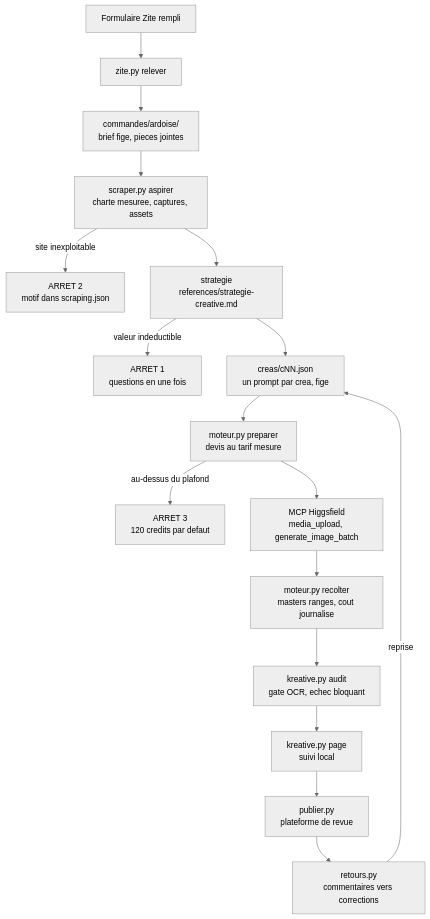
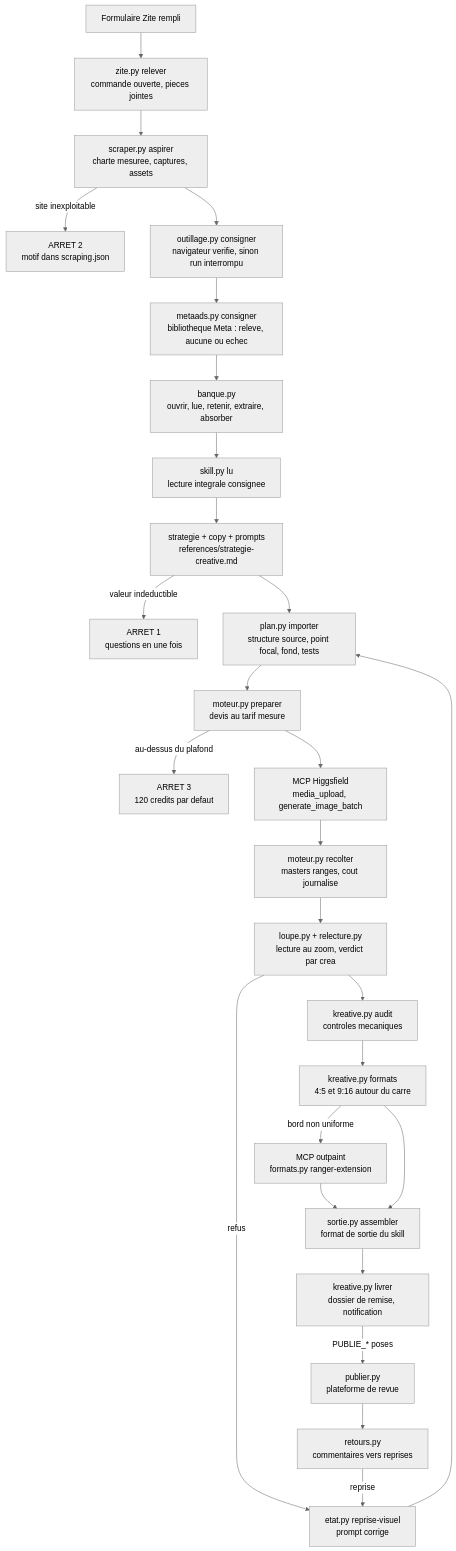
One commit to conexia-agency/kreative-production changed the diagram in paquet/references/architecture.md. Above: the diagram before and after it, drawn with Mermaid (neutral theme). The commit also changed other lines of this file and 30 other files, not shown here.

First line of the commit message:
Chaîne complète : gates, fin de chaîne, format de sortie du skill, paquet 1.1.0

````diff
--- a/paquet/references/architecture.md
+++ b/paquet/references/architecture.md
@@ -9,19 +13,29 @@
 ```mermaid
 flowchart TD
-    F[Formulaire Zite rempli] --> R[zite.py relever]
-    R --> O[commandes/ardoise/\nbrief fige, pieces jointes]
-    O --> S[scraper.py aspirer\ncharte mesuree, captures, assets]
+    F[Formulaire Zite rempli] --> R[zite.py relever\ncommande ouverte, pieces jointes]
+    R --> S[scraper.py aspirer\ncharte mesuree, captures, assets]
     S -->|site inexploitable| A2[ARRET 2\nmotif dans scraping.json]
-    S --> ST[strategie\nreferences/strategie-creative.md]
+    S --> OU[outillage.py consigner\nnavigateur verifie, sinon run interrompu]
+    OU --> M[metaads.py consigner\nbibliotheque Meta : releve, aucune ou echec]
+    M --> B[banque.py\nouvrir, lue, retenir, extraire, absorber]
+    B --> K[skill.py lu\nlecture integrale consignee]
+    K --> ST[strategie + copy + prompts\nreferences/strategie-creative.md]
     ST -->|valeur indeductible| A1[ARRET 1\nquestions en une fois]
-    ST --> P[creas/cNN.json\nun prompt par crea, fige]
+    ST --> P[plan.py importer\nstructure source, point focal, fond, tests]
     P --> D[moteur.py preparer\ndevis au tarif mesure]
     D -->|au-dessus du plafond| A3[ARRET 3\n120 credits par defaut]
     D --> G[MCP Higgsfield\nmedia_upload, generate_image_batch]
     G --> C[moteur.py recolter\nmasters ranges, cout journalise]
-    C --> AU[kreative.py audit\ngate OCR, echec bloquant]
-    AU --> V[kreative.py page\nsuivi local]
-    V --> PU[publier.py\nplateforme de revue]
-    PU --> RT[retours.py\ncommentaires vers corrections]
-    RT -->|reprise| P
+    C --> L[loupe.py + relecture.py\nlecture au zoom, verdict par crea]
+    L -->|refus| RP[etat.py reprise-visuel\nprompt corrige]
+    RP --> P
+    L --> AU[kreative.py audit\ncontroles mecaniques]
+    AU --> FO[kreative.py formats\n4:5 et 9:16 autour du carre]
+    FO -->|bord non uniforme| EX[MCP outpaint\nformats.py ranger-extension]
+    EX --> SO
+    FO --> SO[sortie.py assembler\nformat de sortie du skill]
+    SO --> LV[kreative.py livrer\ndossier de remise, notification]
+    LV -->|PUBLIE_* poses| PU[publier.py\nplateforme de revue]
+    PU --> RT[retours.py\ncommentaires vers reprises]
+    RT -->|reprise| RP
 ```
````
